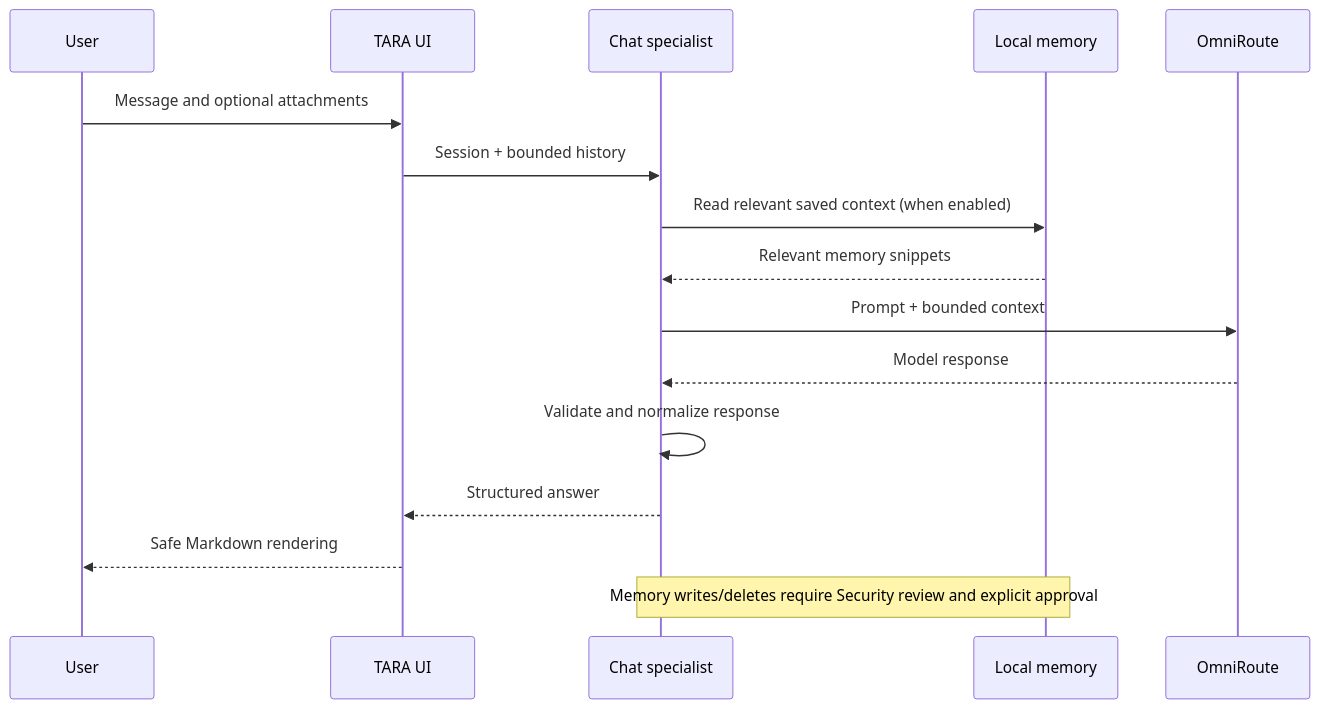
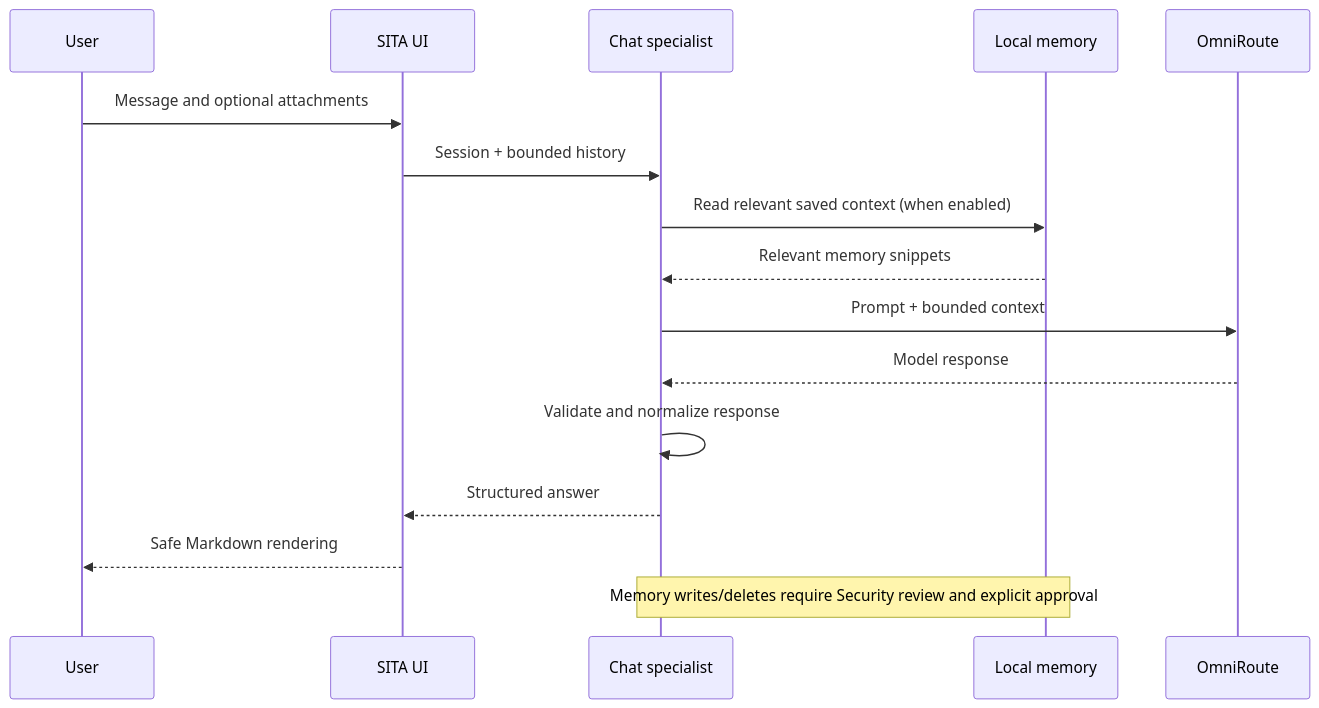
One commit to deathkernel/TARA-App changed the third of 20 diagrams in docs/FEATURE_AND_NEURAL_NETWORK_DIAGRAMS.md. Above: the diagram before and after it, drawn with Mermaid. The commit also changed other lines of this file and 96 other files, not shown here.

Commit message:
feat(branding): rebrand TARA product as SITA

````diff
--- a/docs/FEATURE_AND_NEURAL_NETWORK_DIAGRAMS.md
+++ b/docs/FEATURE_AND_NEURAL_NETWORK_DIAGRAMS.md
@@ -92,18 +92,18 @@
 ```mermaid
 sequenceDiagram
   participant U as User
-  participant UI as TARA UI
+  participant UI as SITA UI
   participant C as Chat specialist
   participant M as Local memory
   participant O as OmniRoute
   U->>UI: Message and optional attachments
   UI->>C: Session + bounded history
   C->>M: Read relevant saved context (when enabled)
   M-->>C: Relevant memory snippets
   C->>O: Prompt + bounded context
   O-->>C: Model response
   C->>C: Validate and normalize response
   C-->>UI: Structured answer
   UI-->>U: Safe Markdown rendering
   Note over C,M: Memory writes/deletes require Security review and explicit approval
 ```
````
